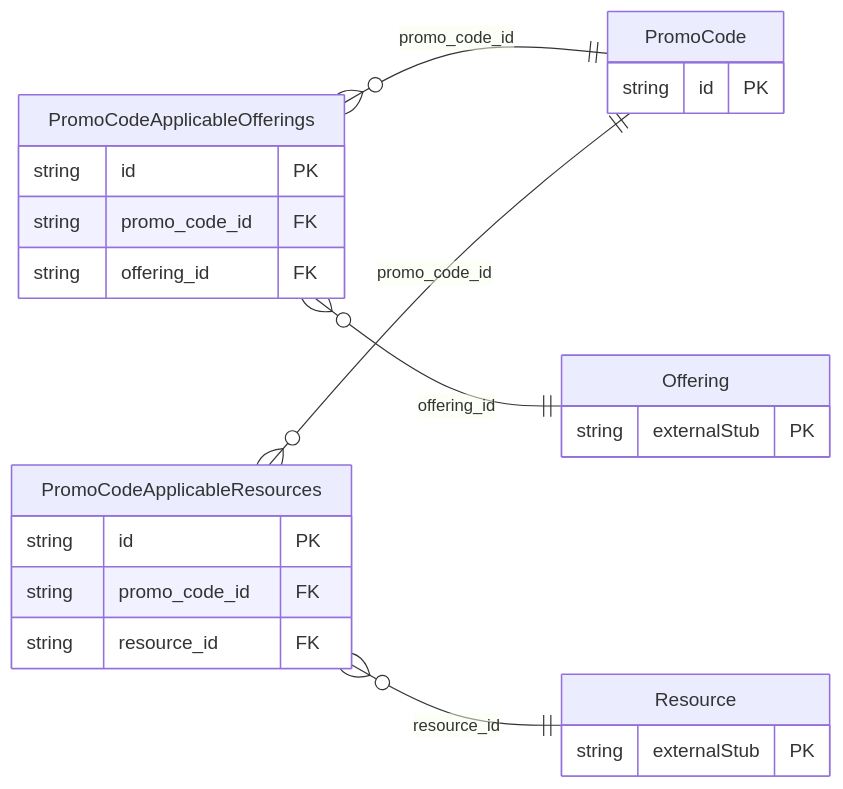
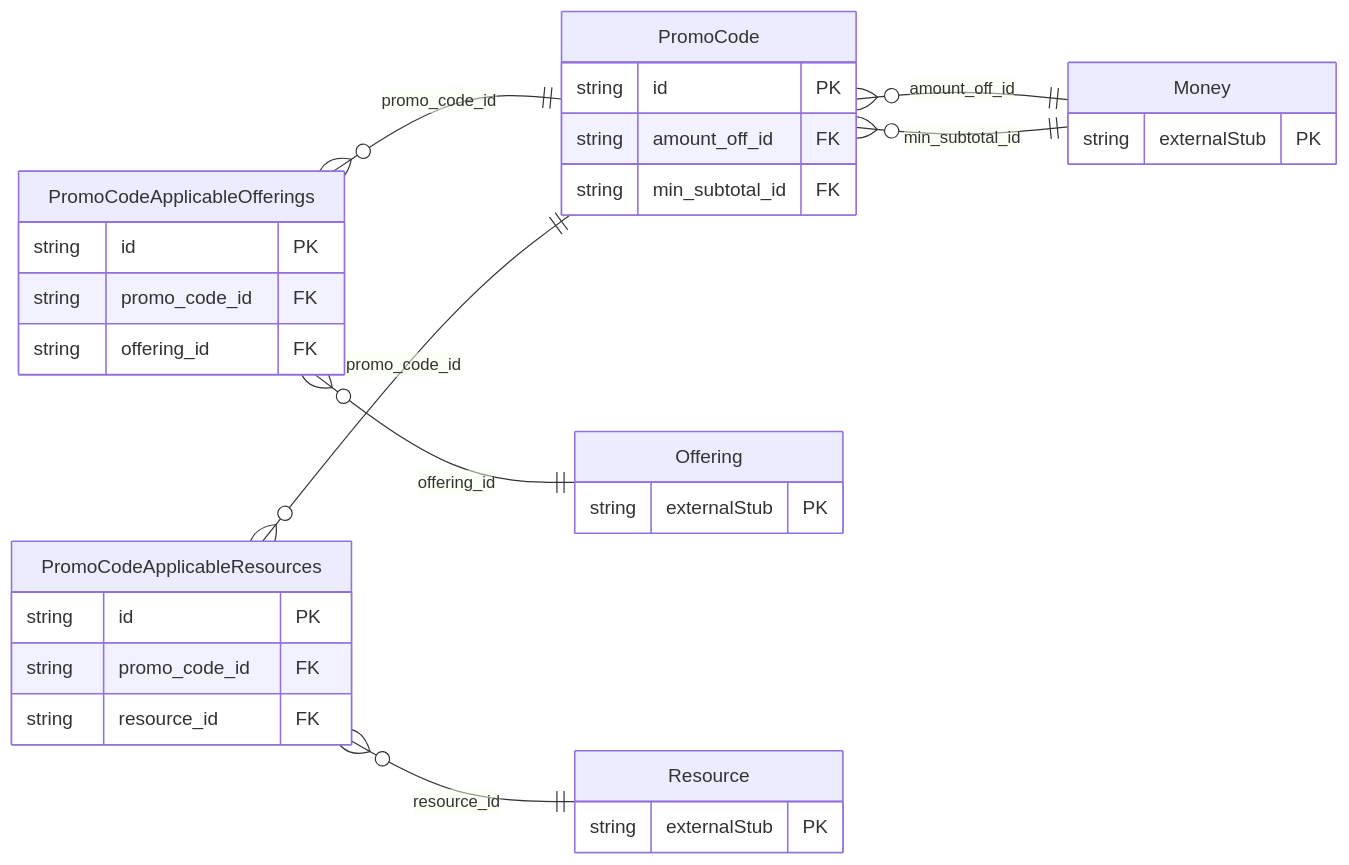
One commit to oh-tarnished/freebusy changed the diagram in protobuf/generated/prisma/freebusy/promocode/README.md. Above: the diagram before and after it, drawn with Mermaid. The commit also changed 29 other files, not shown here.

````diff
--- a/protobuf/generated/prisma/freebusy/promocode/README.md
+++ b/protobuf/generated/prisma/freebusy/promocode/README.md
@@ -13,27 +13,34 @@
 ```mermaid
 erDiagram
     direction LR
     PromoCode {
         string id PK
+        string amount_off_id FK
+        string min_subtotal_id FK
     }
     PromoCodeApplicableOfferings {
         string id PK
         string promo_code_id FK
         string offering_id FK
     }
     PromoCodeApplicableResources {
         string id PK
         string promo_code_id FK
         string resource_id FK
     }
+    Money {
+        string externalStub PK
+    }
     Offering {
         string externalStub PK
     }
     Resource {
         string externalStub PK
     }
+    PromoCode }o--|| Money : "amount_off_id"
+    PromoCode }o--|| Money : "min_subtotal_id"
     PromoCodeApplicableOfferings }o--|| PromoCode : "promo_code_id"
     PromoCodeApplicableOfferings }o--|| Offering : "offering_id"
     PromoCodeApplicableResources }o--|| PromoCode : "promo_code_id"
     PromoCodeApplicableResources }o--|| Resource : "resource_id"
 ```
````
